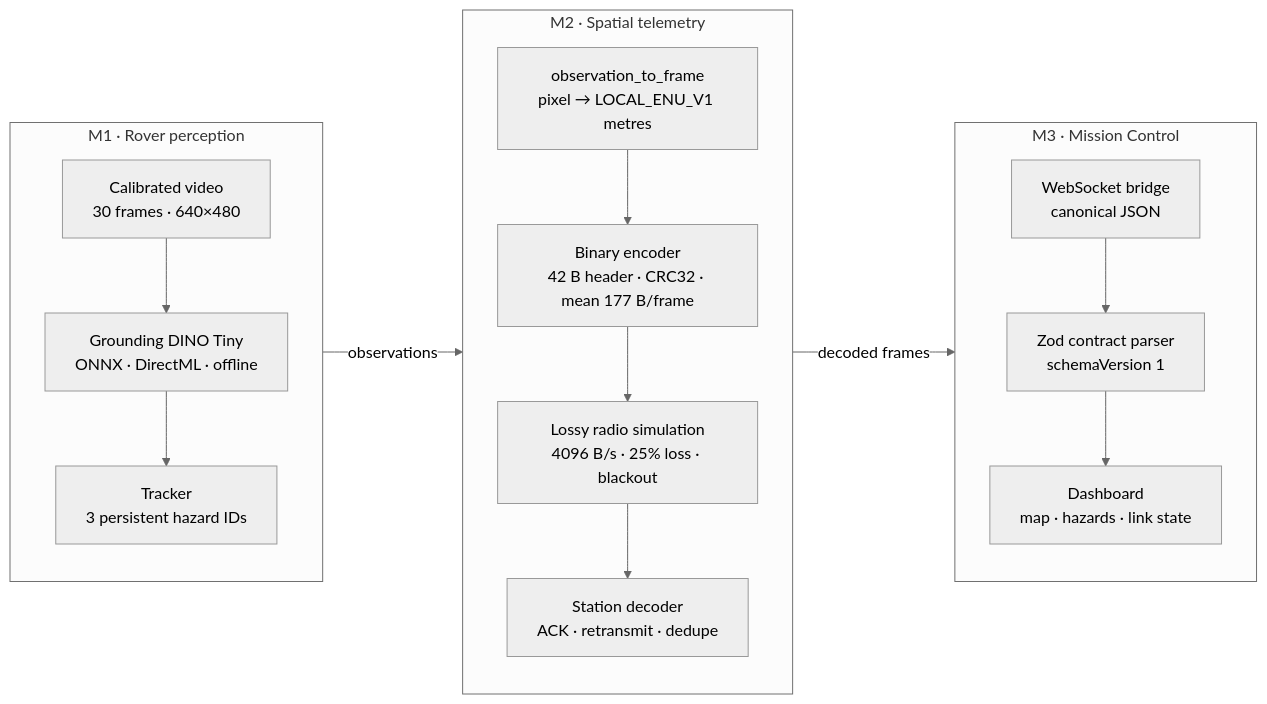
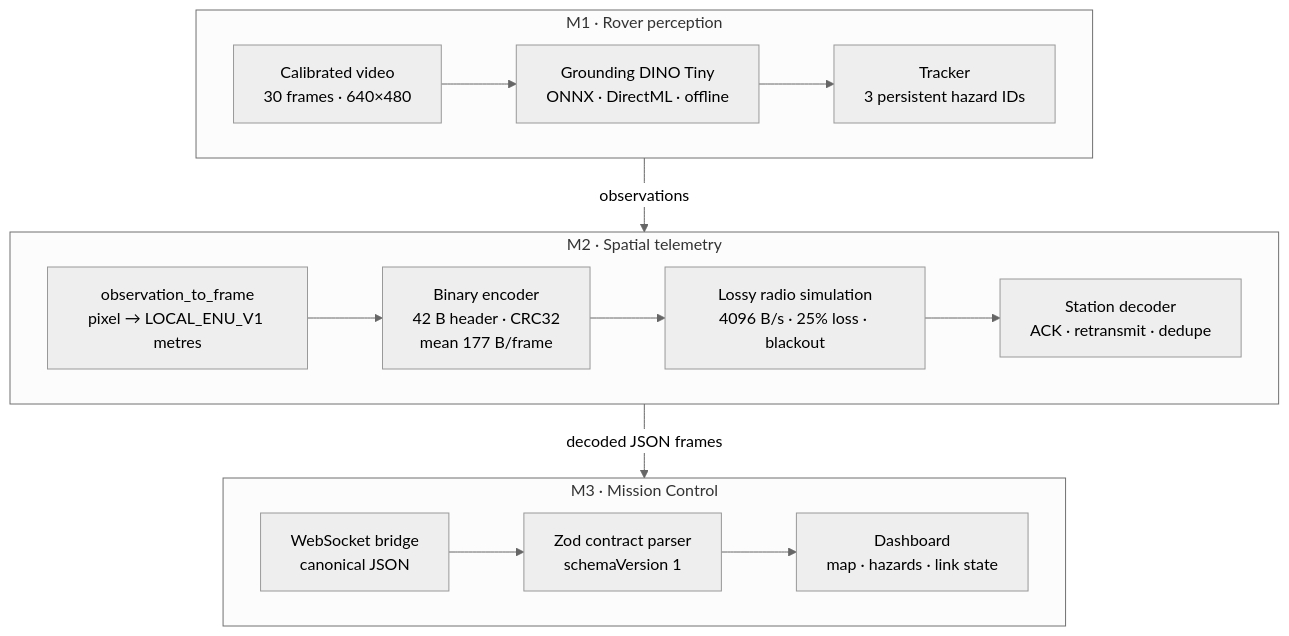
The first of 3 diagrams in README.md (omarfh111/C.R.A.T.E.R), drawn with Mermaid (neutral theme) before and after one commit. The commit also changed other lines of this file, not shown here.

Commit message:
docs(readme): fix GFM line breaks and architecture diagram layout

````diff
--- a/README.md
+++ b/README.md
@@ -110,30 +91,19 @@
 ```mermaid
-flowchart LR
+flowchart TB
   subgraph M1["M1 · Rover perception"]
-    direction TB
-    V["Calibrated video<br/>30 frames · 640×480"]
-    D["Grounding DINO Tiny<br/>ONNX · DirectML · offline"]
-    T["Tracker<br/>3 persistent hazard IDs"]
-    V --> D --> T
+    direction LR
+    V["Calibrated video<br/>30 frames · 640×480"] --> D["Grounding DINO Tiny<br/>ONNX · DirectML · offline"] --> T["Tracker<br/>3 persistent hazard IDs"]
   end
 
   subgraph M2["M2 · Spatial telemetry"]
-    direction TB
-    P["observation_to_frame<br/>pixel → LOCAL_ENU_V1 metres"]
-    E["Binary encoder<br/>42 B header · CRC32 · mean 177 B/frame"]
-    R["Lossy radio simulation<br/>4096 B/s · 25% loss · blackout"]
-    S["Station decoder<br/>ACK · retransmit · dedupe"]
-    P --> E --> R --> S
+    direction LR
+    P["observation_to_frame<br/>pixel → LOCAL_ENU_V1 metres"] --> E["Binary encoder<br/>42 B header · CRC32<br/>mean 177 B/frame"] --> R["Lossy radio simulation<br/>4096 B/s · 25% loss · blackout"] --> S["Station decoder<br/>ACK · retransmit · dedupe"]
   end
 
   subgraph M3["M3 · Mission Control"]
-    direction TB
-    W["WebSocket bridge<br/>canonical JSON"]
-    Z["Zod contract parser<br/>schemaVersion 1"]
-    U["Dashboard<br/>map · hazards · link state"]
-    W --> Z --> U
+    direction LR
+    W["WebSocket bridge<br/>canonical JSON"] --> Z["Zod contract parser<br/>schemaVersion 1"] --> U["Dashboard<br/>map · hazards · link state"]
   end
 
-  T -->|"observations"| P
-  S -->|"decoded frames"| W
+  M1 -->|"observations"| M2 -->|"decoded JSON frames"| M3
 ```
````
